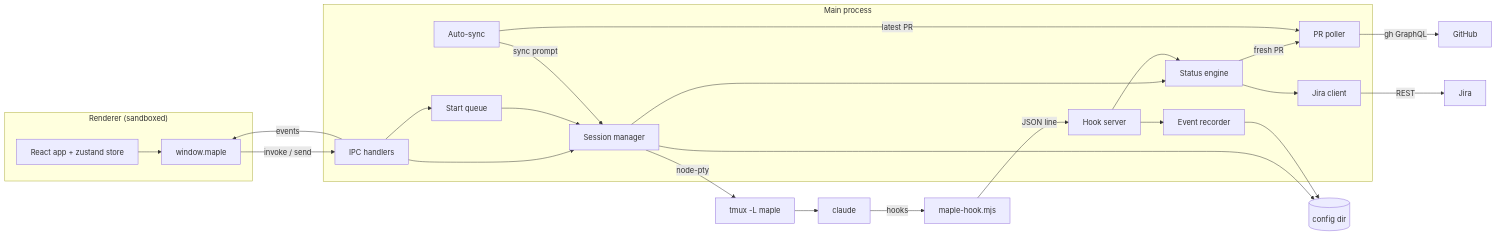
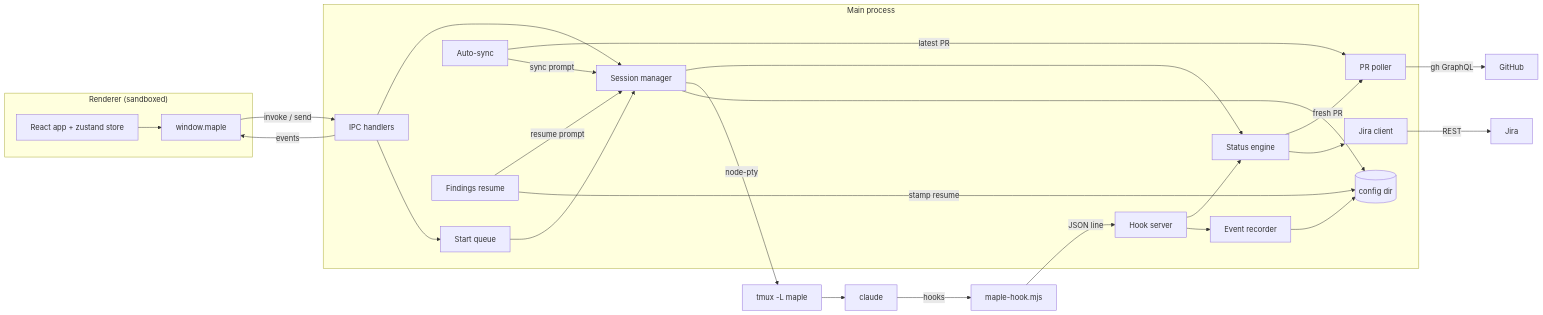
The first of 2 diagrams in ARCHITECTURE.md (tahardi/maple), drawn with Mermaid before and after one commit. The commit also changed other lines of this file and 7 other files, not shown here.

````diff
--- a/ARCHITECTURE.md
+++ b/ARCHITECTURE.md
@@ -24,28 +24,30 @@
 ```mermaid
 flowchart LR
   subgraph Renderer["Renderer (sandboxed)"]
     UI["React app + zustand store"] --> API["window.maple"]
   end
   API -->|"invoke / send"| IPC["IPC handlers"]
   IPC -->|"events"| API
   subgraph Main["Main process"]
     IPC --> SM["Session manager"]
     IPC --> SQ["Start queue"]
     SQ --> SM
     SM --> SE["Status engine"]
     HS["Hook server"] --> SE
     HS --> ER["Event recorder"]
     SE -->|"fresh PR"| PP["PR poller"]
     AS["Auto-sync"] -->|"latest PR"| PP
     AS -->|"sync prompt"| SM
+    FR["Findings resume"] -->|"resume prompt"| SM
+    FR -->|"stamp resume"| CFG
     SE --> JC["Jira client"]
   end
   SM -->|"node-pty"| TMUX["tmux -L maple"]
   TMUX --> CL["claude"]
   CL -->|"hooks"| HK["maple-hook.mjs"]
   HK -->|"JSON line"| HS
   PP -->|"gh GraphQL"| GH["GitHub"]
   JC -->|"REST"| JIRA["Jira"]
   SM --> CFG[("config dir")]
   ER --> CFG
 ```
````
